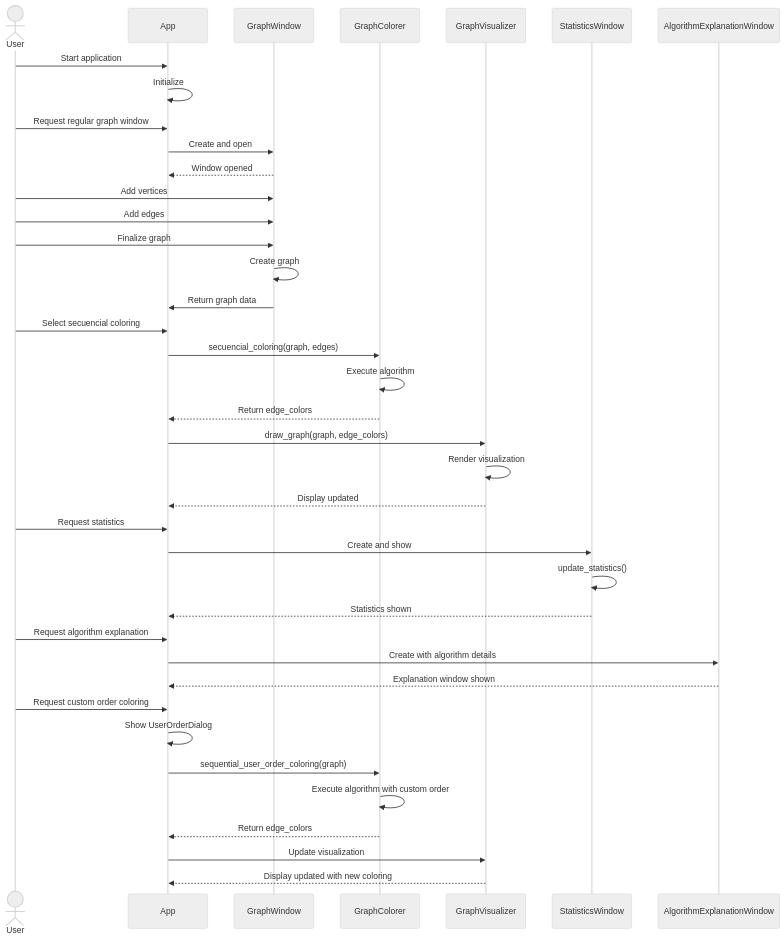
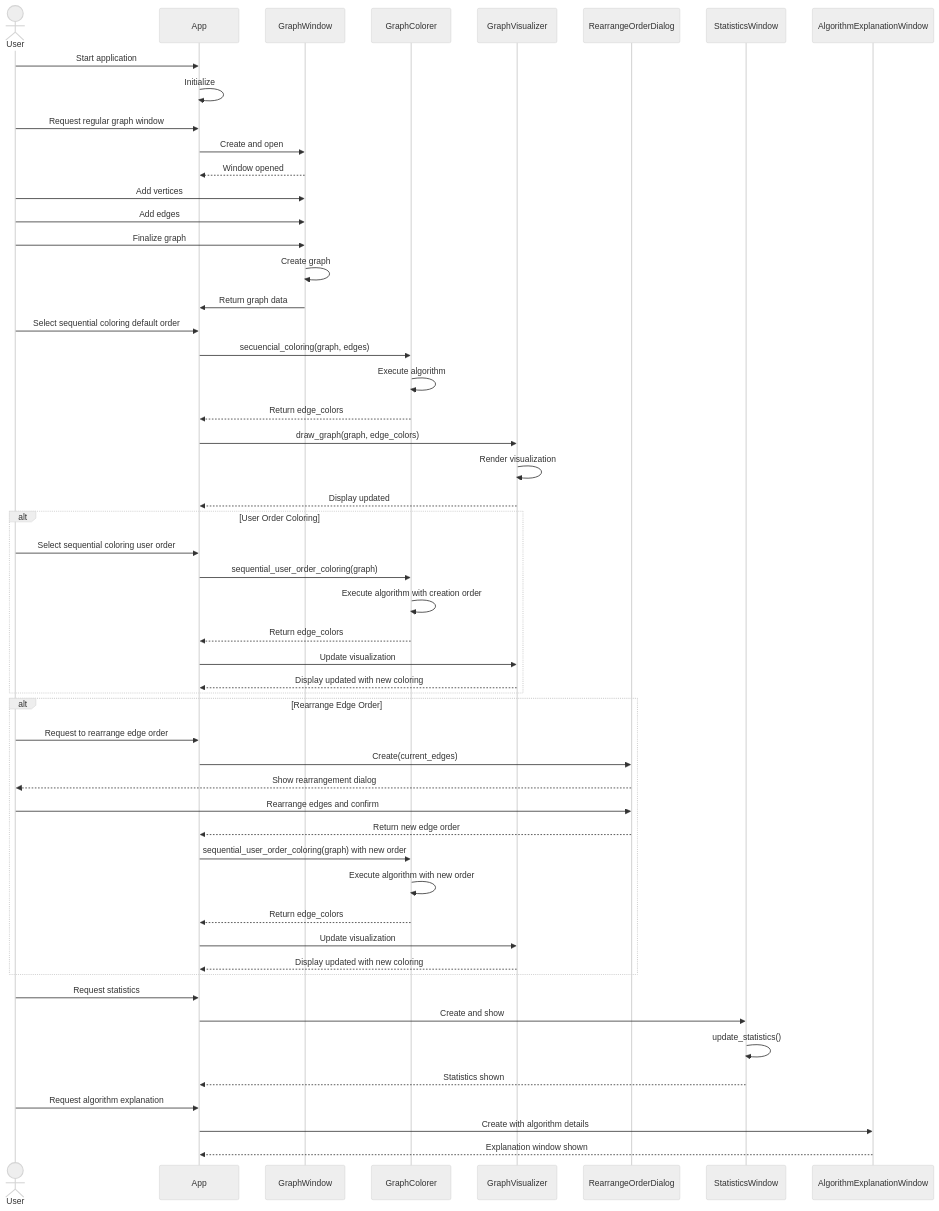
The diagram in diagrams/mermaid_sequence_diagram_regular.md (mbiondi18/Edges-PyAlGraph), drawn with Mermaid (neutral theme) before and after one commit. The commit also changed other lines of this file and 7 other files, not shown here.

Commit message:
fixed diagrams

````diff
--- a/diagrams/mermaid_sequence_diagram_regular.md
+++ b/diagrams/mermaid_sequence_diagram_regular.md
@@ -3,54 +3,70 @@
 ```mermaid
 sequenceDiagram
     actor User
     participant App
     participant GW as GraphWindow
     participant GC as GraphColorer
     participant GV as GraphVisualizer
+    participant ROD as RearrangeOrderDialog
     participant SW as StatisticsWindow
     participant AEW as AlgorithmExplanationWindow
 
     %% Creating the regular graph
     User->>App: Start application
     App->>App: Initialize
     User->>App: Request regular graph window
     App->>GW: Create and open
     GW-->>App: Window opened
     
     User->>GW: Add vertices
     User->>GW: Add edges
     
     User->>GW: Finalize graph
     GW->>GW: Create graph
     GW->>App: Return graph data
     
-    %% Coloring the graph
-    User->>App: Select secuencial coloring
+    %% Default Order Coloring
+    User->>App: Select sequential coloring default order
     App->>GC: secuencial_coloring(graph, edges)
     GC->>GC: Execute algorithm
     GC-->>App: Return edge_colors
     
     %% Visualizing
     App->>GV: draw_graph(graph, edge_colors)
     GV->>GV: Render visualization
     GV-->>App: Display updated
+    
+    %% Optional: User Order Coloring
+    alt User Order Coloring
+        User->>App: Select sequential coloring user order
+        App->>GC: sequential_user_order_coloring(graph)
+        GC->>GC: Execute algorithm with creation order
+        GC-->>App: Return edge_colors
+        App->>GV: Update visualization
+        GV-->>App: Display updated with new coloring
+    end
+    
+    %% Optional: Rearrange Order
+    alt Rearrange Edge Order
+        User->>App: Request to rearrange edge order
+        App->>ROD: Create(current_edges)
+        ROD-->>User: Show rearrangement dialog
+        User->>ROD: Rearrange edges and confirm
+        ROD-->>App: Return new edge order
+        App->>GC: sequential_user_order_coloring(graph) with new order
+        GC->>GC: Execute algorithm with new order
+        GC-->>App: Return edge_colors
+        App->>GV: Update visualization
+        GV-->>App: Display updated with new coloring
+    end
     
     %% Statistics and explanation
     User->>App: Request statistics
     App->>SW: Create and show
     SW->>SW: update_statistics()
     SW-->>App: Statistics shown
     
     User->>App: Request algorithm explanation
     App->>AEW: Create with algorithm details
     AEW-->>App: Explanation window shown
-    
-    %% Optional: User Order
-    User->>App: Request custom order coloring
-    App->>App: Show UserOrderDialog
-    App->>GC: sequential_user_order_coloring(graph)
-    GC->>GC: Execute algorithm with custom order
-    GC-->>App: Return edge_colors
-    App->>GV: Update visualization
-    GV-->>App: Display updated with new coloring
 ```
````
